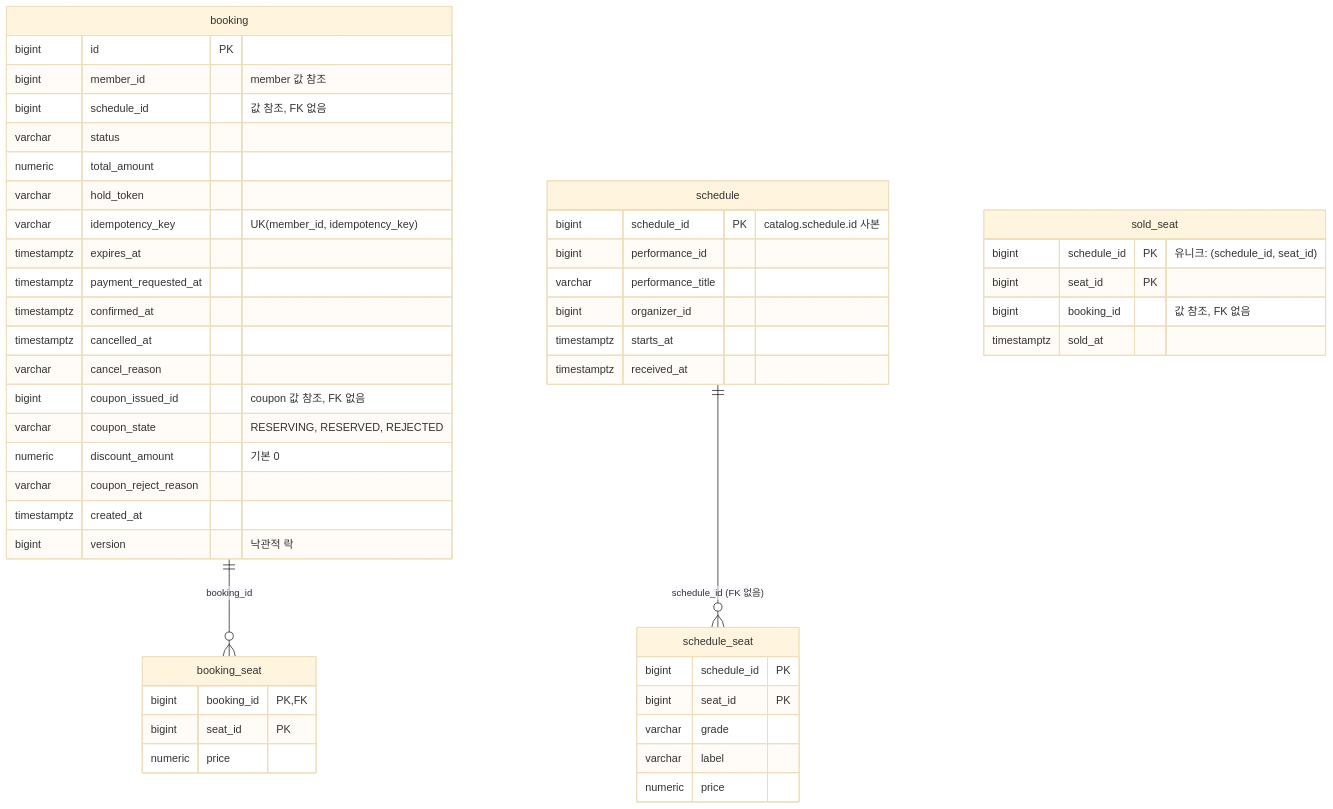
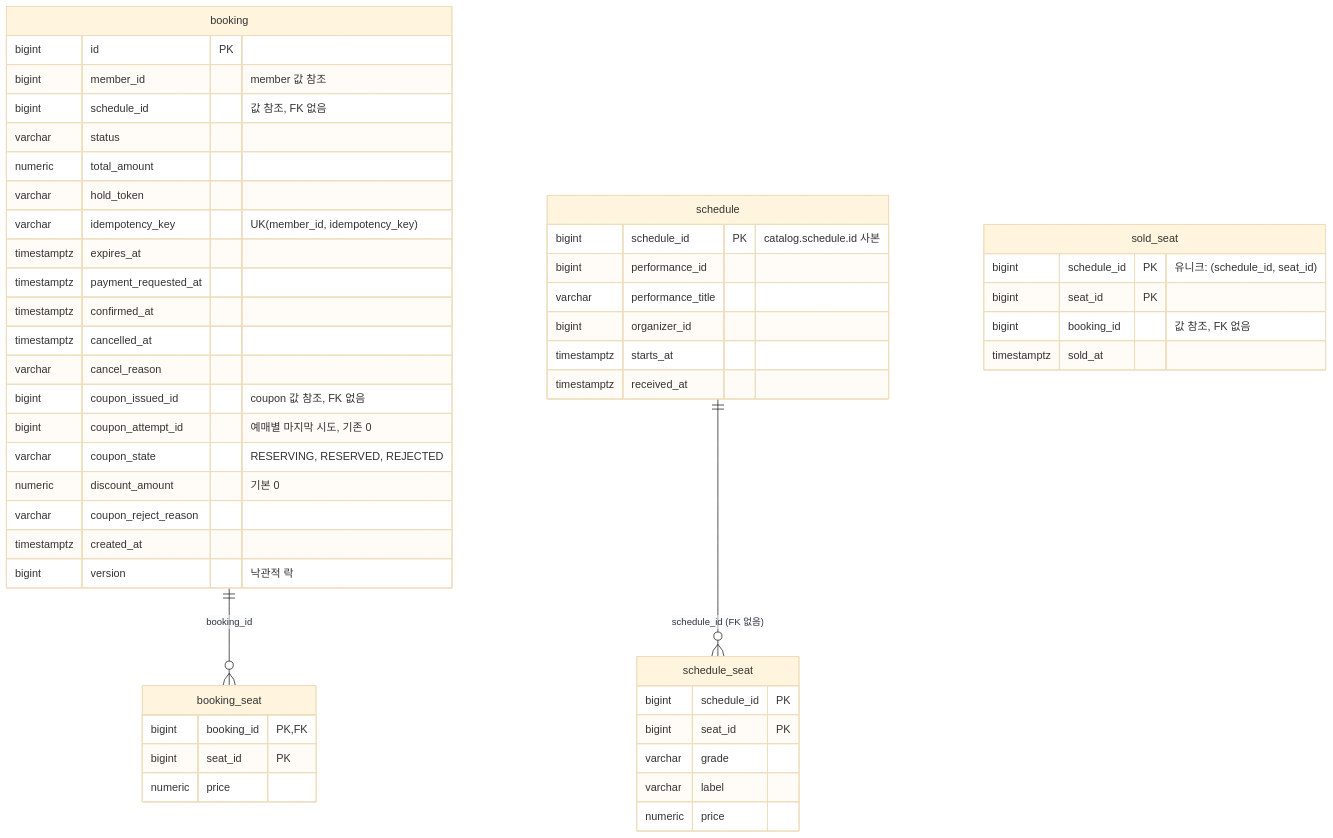
Before and after one commit to jkonury/ticketing: the third of 7 diagrams in docs/architecture/erd.md, drawn with Mermaid (base theme). The commit also changed other lines of this file and 39 other files, not shown here.

````diff
--- a/docs/architecture/erd.md
+++ b/docs/architecture/erd.md
@@ -91,51 +91,52 @@
 ```mermaid
 erDiagram
     booking ||--o{ booking_seat : "booking_id"
     schedule ||--o{ schedule_seat : "schedule_id (FK 없음)"
     schedule {
         bigint schedule_id PK "catalog.schedule.id 사본"
         bigint performance_id
         varchar performance_title
         bigint organizer_id
         timestamptz starts_at
         timestamptz received_at
     }
     schedule_seat {
         bigint schedule_id PK
         bigint seat_id PK
         varchar grade
         varchar label
         numeric price
     }
     booking {
         bigint id PK
         bigint member_id "member 값 참조"
         bigint schedule_id "값 참조, FK 없음"
         varchar status
         numeric total_amount
         varchar hold_token
         varchar idempotency_key "UK(member_id, idempotency_key)"
         timestamptz expires_at
         timestamptz payment_requested_at
         timestamptz confirmed_at
         timestamptz cancelled_at
         varchar cancel_reason
         bigint coupon_issued_id "coupon 값 참조, FK 없음"
+        bigint coupon_attempt_id "예매별 마지막 시도, 기존 0"
         varchar coupon_state "RESERVING, RESERVED, REJECTED"
         numeric discount_amount "기본 0"
         varchar coupon_reject_reason
         timestamptz created_at
         bigint version "낙관적 락"
     }
     booking_seat {
         bigint booking_id PK, FK
         bigint seat_id PK
         numeric price
     }
     sold_seat {
         bigint schedule_id PK "유니크: (schedule_id, seat_id)"
         bigint seat_id PK
         bigint booking_id "값 참조, FK 없음"
         timestamptz sold_at
     }
 ```
````
